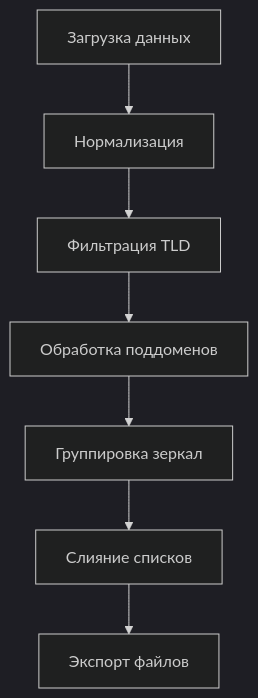
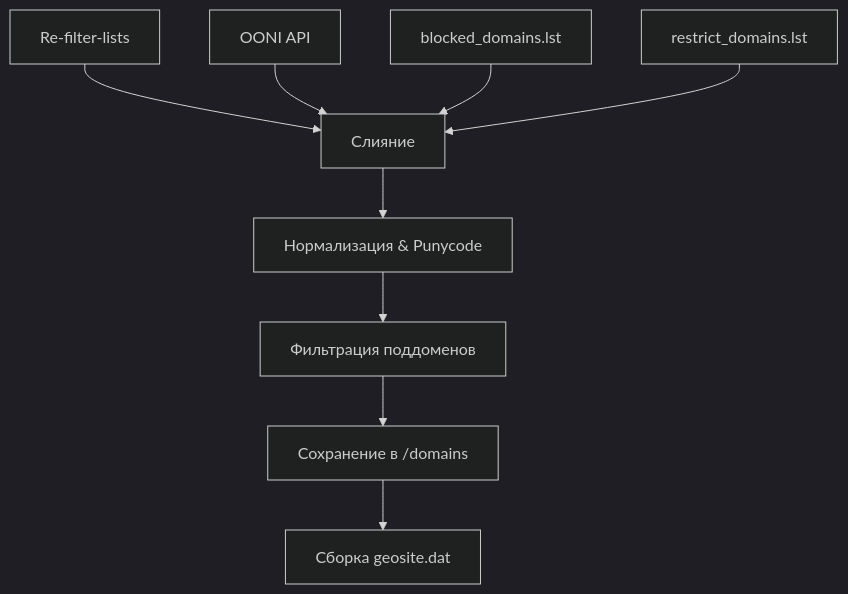
One commit to mi1su/domain_list changed the diagram in README.md. Above: the diagram before and after it, drawn with Mermaid (dark theme). The commit also changed other lines of this file and 8 other files, not shown here.

````diff
--- a/README.md
+++ b/README.md
@@ -108,9 +117,12 @@
 ```mermaid
 graph TD
-    A[Загрузка данных] --> B[Нормализация]
-    B --> C[Фильтрация TLD]
-    C --> D[Обработка поддоменов]
-    D --> E[Группировка зеркал]
-    E --> F[Слияние списков]
-    F --> G[Экспорт файлов]
+    A[Re-filter-lists] --> E[Слияние]
+    B[OONI API] --> E
+    C[blocked_domains.lst] --> E
+    D[restrict_domains.lst] --> E
+    E --> F[Нормализация & Punycode]
+    F --> G[Фильтрация поддоменов]
+    G --> H[Сохранение в /domains]
+    H --> I[Сборка geosite.dat]
+
 ```
````
